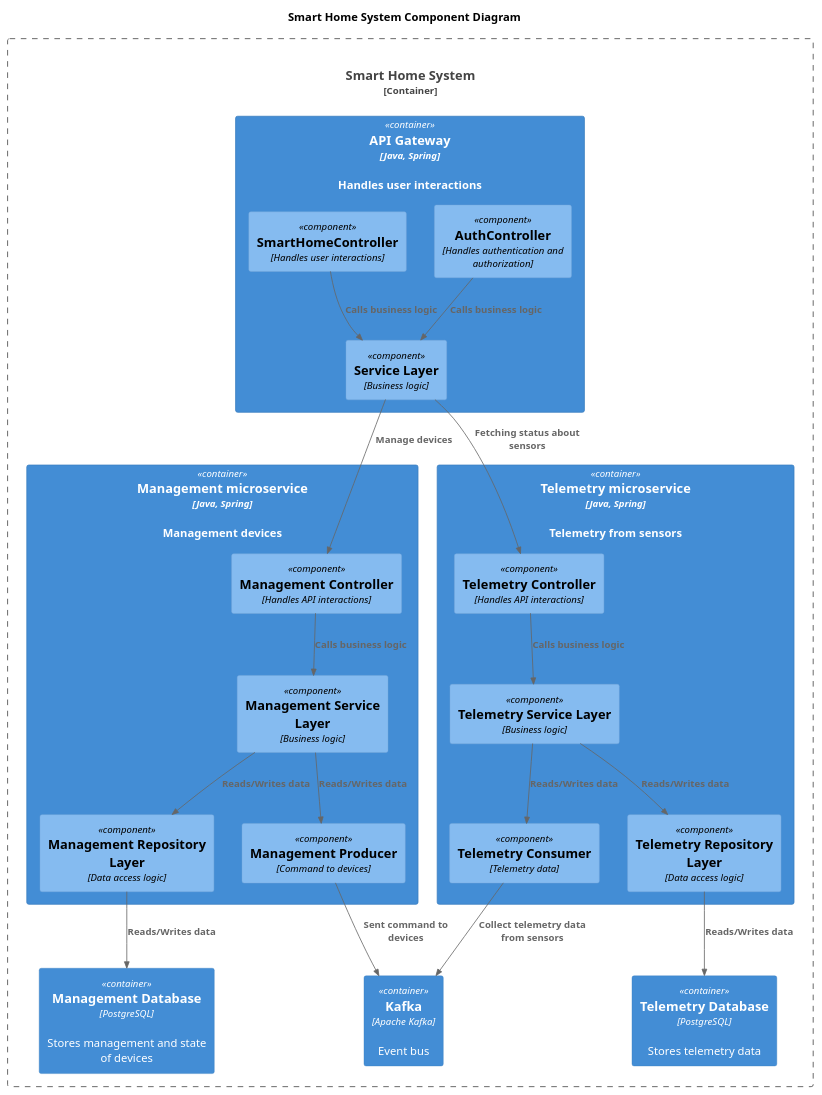
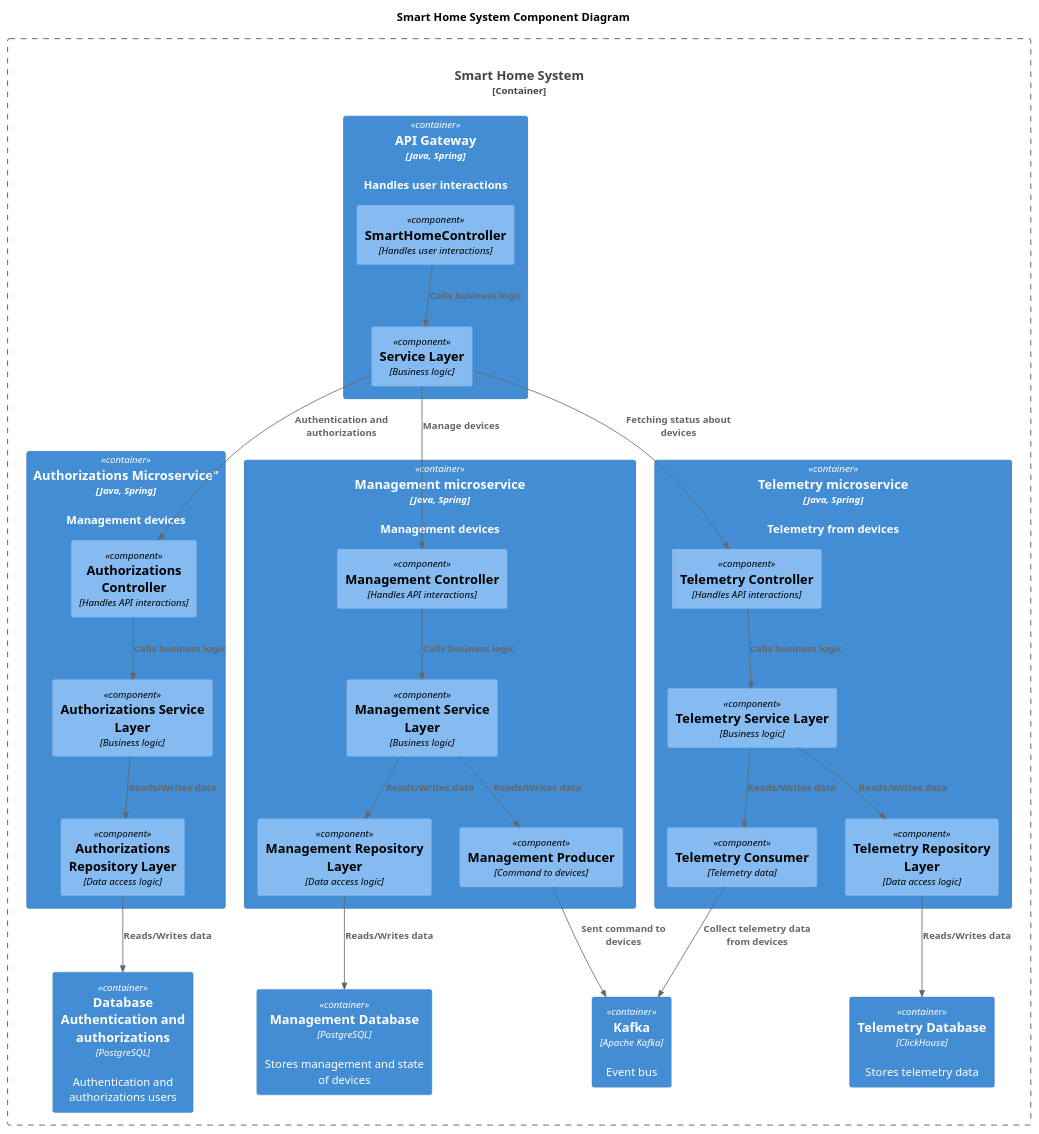
One commit to vskurikhin/architecture-sprint-3 changed the diagram in docs/smart-home-microservices-Component.puml. Above: the diagram before and after it, drawn with PlantUML. The commit also changed 95 other files, not shown here.

```diff
--- a/docs/smart-home-microservices-Component.puml
+++ b/docs/smart-home-microservices-Component.puml
@@ -1,54 +1,64 @@
 @startuml
 !include C4.puml
 !include C4_Context.puml
 !include C4_Container.puml
 !include C4_Component.puml
 
 title Smart Home System Component Diagram
 
 top to bottom direction
 
 Container_Boundary(SmartHomeSystem, "Smart Home System") {
   Container(APIGateway, "API Gateway", "Java, Spring", "Handles user interactions")
+  Container(Auth, Authorizations Microservice", "Java, Spring", "Management devices")
   Container(Management, "Management microservice", "Java, Spring", "Management devices")
-  Container(Telemetry, "Telemetry microservice", "Java, Spring", "Telemetry from sensors")
+  Container(Telemetry, "Telemetry microservice", "Java, Spring", "Telemetry from devices")
+  Container(AuthDatabase, "Database Authentication and authorizations", "PostgreSQL", "Authentication and authorizations users")
   Container(ManagementDatabase, "Management Database", "PostgreSQL", "Stores management and state of devices")
   Container(Kafka, "Kafka", "Apache Kafka", "Event bus")
-  Container(TelemetryDatabase, "Telemetry Database", "PostgreSQL", "Stores telemetry data")
+  Container(TelemetryDatabase, "Telemetry Database", "ClickHouse", "Stores telemetry data")
 }
 
 Container(APIGateway, "API Gateway", "Java, Spring") {
-  Component(AuthController, "AuthController", "Handles authentication and authorization")
   Component(SmartHomeController, "SmartHomeController", "Handles user interactions")
   Component(ServiceLayer, "Service Layer", "Business logic")
+}
+
+Container(Auth, "Authorizations Microservice", "Java, Spring") {
+  Component(AuthController, "Authorizations Controller", "Handles API interactions")
+  Component(AuthServiceLayer, "Authorizations Service Layer", "Business logic")
+  Component(AuthRepositoryLayer, "Authorizations Repository Layer", "Data access logic")
 }
 
 Container(Management, "Management microservice", "Java, Spring") {
   Component(ManagementController, "Management Controller", "Handles API interactions")
   Component(ManagementServiceLayer, "Management Service Layer", "Business logic")
   Component(ManagementProducer, "Management Producer", "Command to devices")
   Component(ManagementRepositoryLayer, "Management Repository Layer", "Data access logic")
 }
 
 Container(Telemetry, "Telemetry microservice", "Java, Spring") {
   Component(TelemetryController, "Telemetry Controller", "Handles API interactions")
   Component(TelemetryServiceLayer, "Telemetry Service Layer", "Business logic")
   Component(TelemetryConsumer, "Telemetry Consumer", "Telemetry data")
   Component(TelemetryRepositoryLayer, "Telemetry Repository Layer", "Data access logic")
 }
 
-Rel(AuthController,ServiceLayer,"Calls business logic")
 Rel(SmartHomeController,ServiceLayer,"Calls business logic")
+Rel(ServiceLayer,AuthController,"Authentication and authorizations")
 Rel(ServiceLayer,ManagementController,"Manage devices")
-Rel(ServiceLayer,TelemetryController,"Fetching status about sensors")
+Rel(ServiceLayer,TelemetryController,"Fetching status about devices")
+Rel(AuthController,AuthServiceLayer,"Calls business logic")
 Rel(ManagementController,ManagementServiceLayer,"Calls business logic")
 Rel(TelemetryController,TelemetryServiceLayer,"Calls business logic")
+Rel(AuthServiceLayer,AuthRepositoryLayer,"Reads/Writes data")
 Rel(ManagementServiceLayer,ManagementRepositoryLayer,"Reads/Writes data")
 Rel(ManagementServiceLayer,ManagementProducer,"Reads/Writes data")
 Rel(TelemetryServiceLayer,TelemetryConsumer,"Reads/Writes data")
 Rel(TelemetryServiceLayer,TelemetryRepositoryLayer,"Reads/Writes data")
+Rel(AuthRepositoryLayer,AuthDatabase,"Reads/Writes data")
 Rel(ManagementRepositoryLayer,ManagementDatabase,"Reads/Writes data")
 Rel(ManagementProducer,Kafka,"Sent command to devices")
-Rel(TelemetryConsumer,Kafka,"Collect telemetry data from sensors")
+Rel(TelemetryConsumer,Kafka,"Collect telemetry data from devices")
 Rel(TelemetryRepositoryLayer,TelemetryDatabase,"Reads/Writes data")
 @enduml
```
